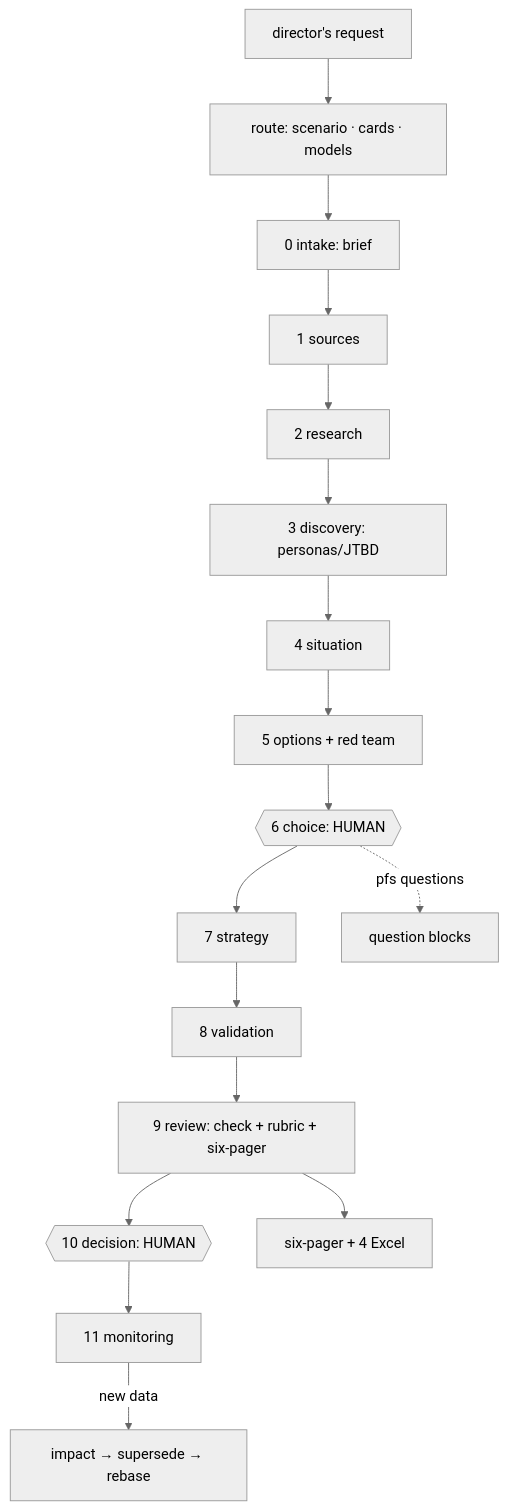
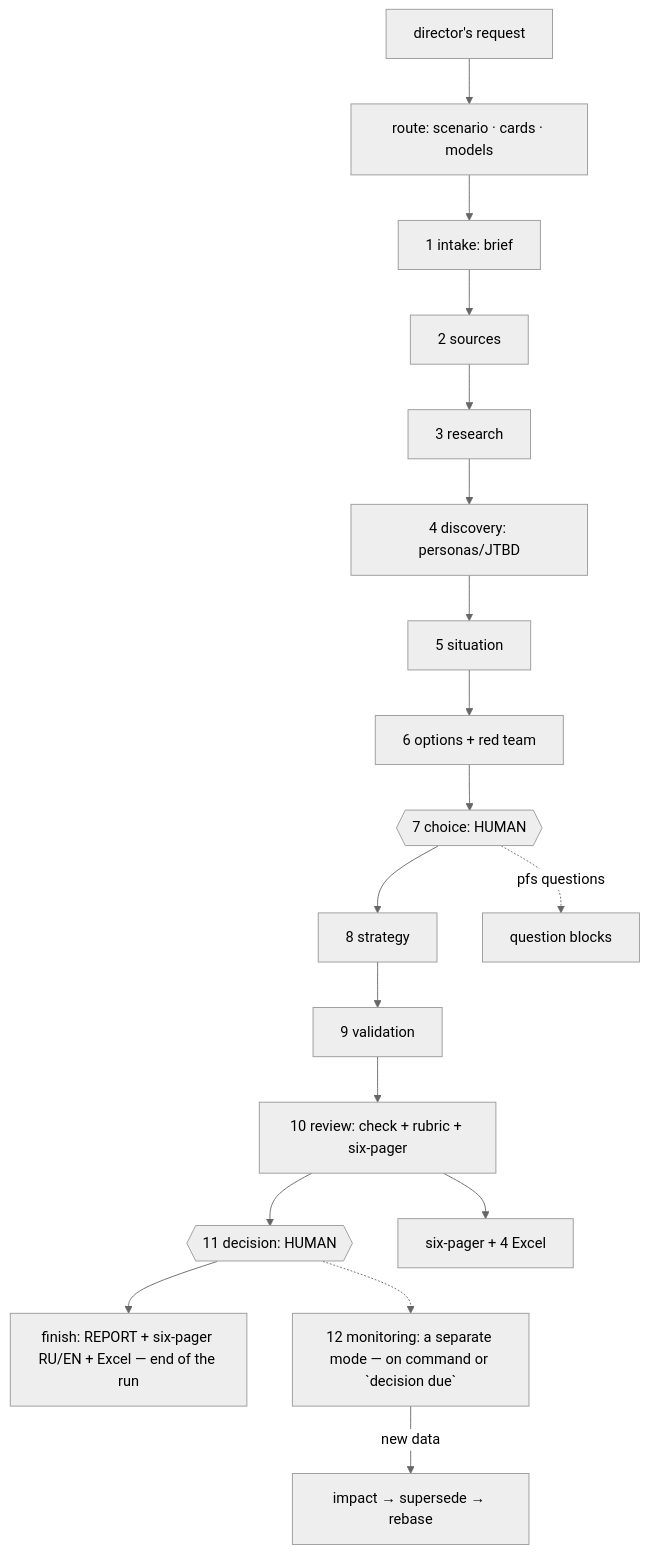
The first of 4 diagrams in README_EN.md (Fighter90/product-factory-strategist), drawn with Mermaid (neutral theme) before and after one commit. The commit also changed other lines of this file and 7 other files, not shown here.

````diff
--- a/README_EN.md
+++ b/README_EN.md
@@ -105,8 +106,10 @@
 ```mermaid
 flowchart TD
   Q["director's request"] --> R["route: scenario · cards · models"]
-  R --> S0["0 intake: brief"] --> S1["1 sources"] --> S2["2 research"] --> S3["3 discovery: personas/JTBD"] --> S4["4 situation"] --> S5["5 options + red team"] --> S6{{"6 choice: HUMAN"}} --> S7["7 strategy"] --> S8["8 validation"] --> S9["9 review: check + rubric + six-pager"] --> S10{{"10 decision: HUMAN"}} --> S11["11 monitoring"]
-  S6 -.->|"pfs questions"| QB["question blocks"]
-  S9 --> DECK["six-pager + 4 Excel"]
-  S11 -->|"new data"| REF["impact → supersede → rebase"]
+  R --> S1["1 intake: brief"] --> S2["2 sources"] --> S3["3 research"] --> S4["4 discovery: personas/JTBD"] --> S5["5 situation"] --> S6["6 options + red team"] --> S7{{"7 choice: HUMAN"}} --> S8["8 strategy"] --> S9["9 validation"] --> S10["10 review: check + rubric + six-pager"] --> S11{{"11 decision: HUMAN"}} --> FIN["finish: REPORT + six-pager RU/EN + Excel — end of the run"]
+  S12["12 monitoring: a separate mode — on command or `decision due`"]
+  S11 -.-> S12
+  S7 -.->|"pfs questions"| QB["question blocks"]
+  S10 --> DECK["six-pager + 4 Excel"]
+  S12 -->|"new data"| REF["impact → supersede → rebase"]
 ```
````
